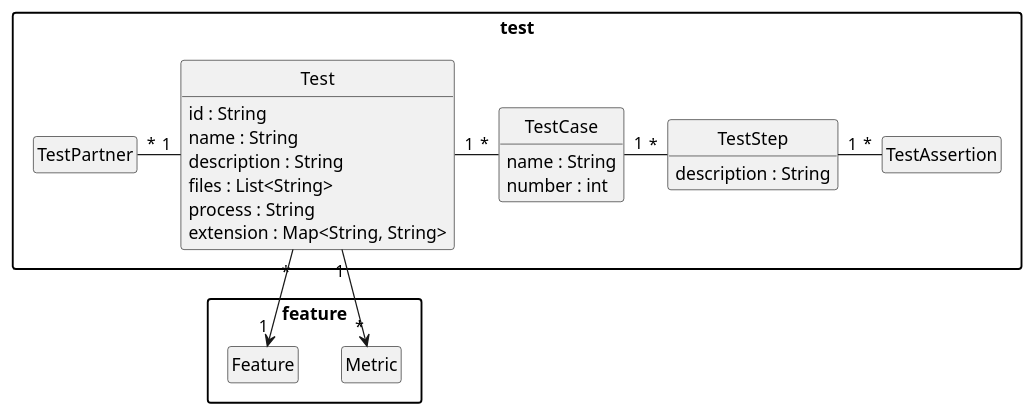
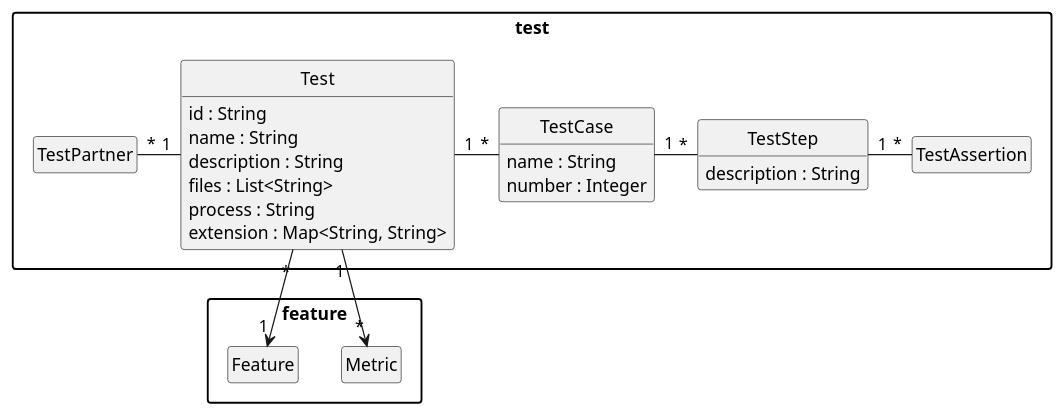
The diagram in pebl/doc/benchmark-test.puml (uniba-dsg/betsy), drawn with PlantUML before and after one commit. The commit also changed 29 other files, not shown here.

```diff
--- a/pebl/doc/benchmark-test.puml
+++ b/pebl/doc/benchmark-test.puml
@@ -1,52 +1,52 @@
 @startuml
 package "feature" {
 
 	class Metric {
 	}
 
 	class Feature {
 	}
 
 }
 
 package "test" {
 
 	class Test {
 	  id : String
 	  name : String
 	  description : String
 	  files : List<String>
 	  process : String
 extension : Map<String, String>
 	}
 
 	class TestAssertion
 
 	class TestStep {
 	  description : String
 	}
 
 	class TestCase {
 	  name : String
-	  number : int
+	  number : Integer
 	}
 
 	class TestPartner
 
 }
 
 Test "*" -down-> "1" Feature
 Test "1" -> "*" Metric
 Test "1" -left- "*" TestPartner
 Test "1" - "*" TestCase
 TestCase "1" - "*" TestStep
 TestStep "1" - "*" TestAssertion
 
 hide empty members
 hide empty methods
 hide circle
 
 skinparam monochrome true
 skinparam shadowing false
 skinparam packageStyle rect
 @enduml
```
